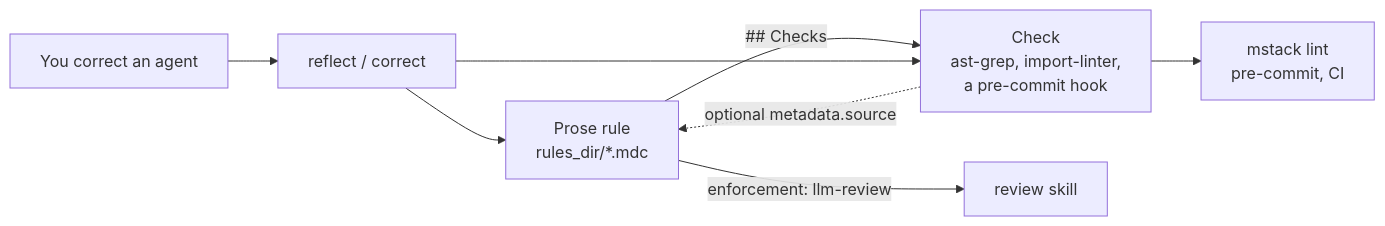
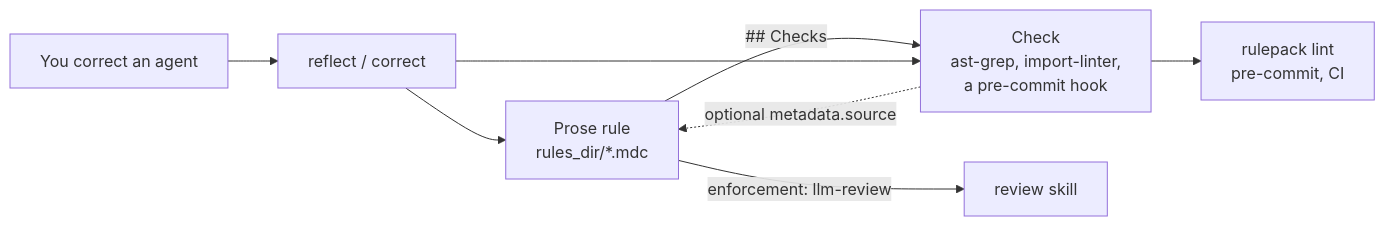
The first of 2 diagrams in docs/workflow.md (justmatias/mstack), drawn with Mermaid before and after one commit. The commit also changed other lines of this file and 76 other files, not shown here.

````diff
--- a/docs/workflow.md
+++ b/docs/workflow.md
@@ -9,10 +9,10 @@
 ```mermaid
 flowchart LR
     rule["Prose rule<br/>rules_dir/*.mdc"] -- "## Checks" --> check["Check<br/>ast-grep, import-linter,<br/>a pre-commit hook"]
     rule -- "enforcement: llm-review" --> review["review skill"]
     check -. "optional metadata.source" .-> rule
-    check --> lint["mstack lint<br/>pre-commit, CI"]
+    check --> lint["rulepack lint<br/>pre-commit, CI"]
     correction["You correct an agent"] --> reflect["reflect / correct"]
     reflect --> rule
     reflect --> check
 ```
````
